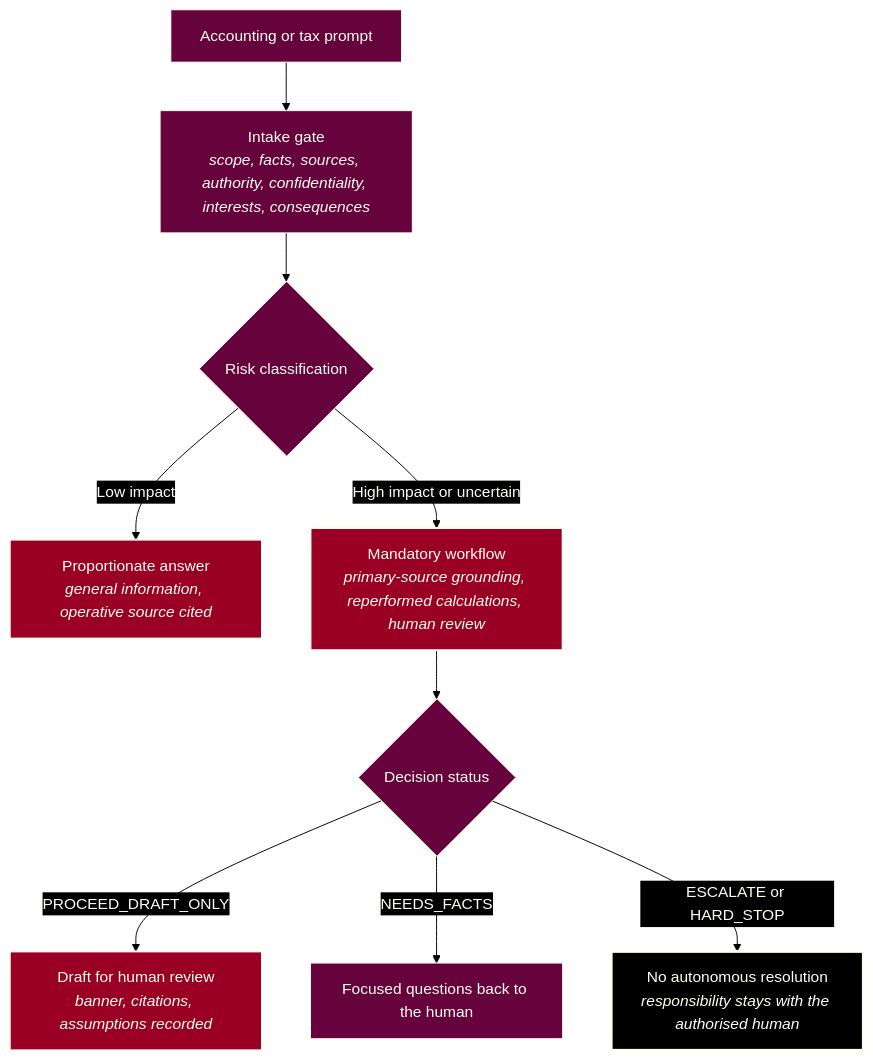
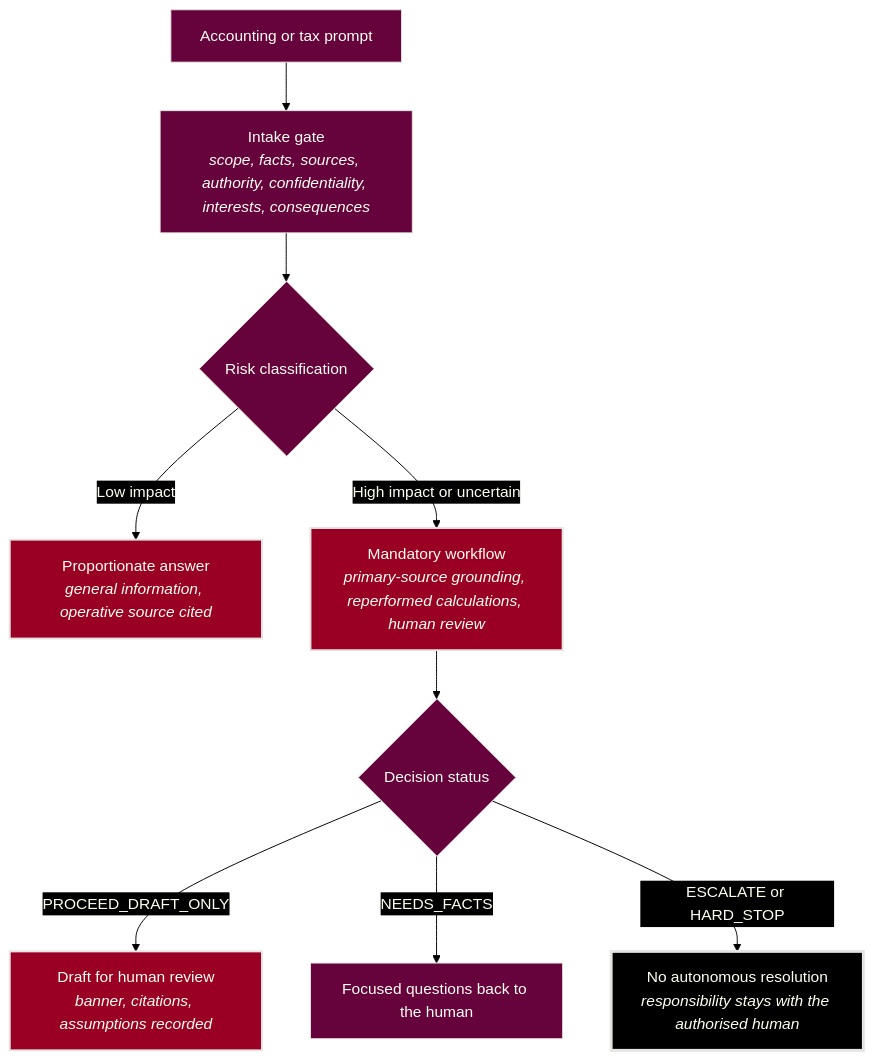
The diagram in README.md (ryanduguid/llm-tax-guardrails), drawn with Mermaid before and after one commit. The commit also changed 1 other file, not shown here.

Commit message:
Draw Mermaid borders and lines in platinum
Node borders, stroke styles and the line outline change from ivory (#FFFFF0) to platinum (#E5E4E2). Text stays ivory and the crimson and purple fills are unchanged. SHA256SUMS carries the README's new hash.

````diff
--- a/README.md
+++ b/README.md
@@ -55,19 +55,19 @@
 ```mermaid
 flowchart TD
-%%{init: {"theme": "base", "look": "classic", "themeVariables": {"background": "#000000", "primaryColor": "#66023C", "primaryTextColor": "#FFFFF0", "primaryBorderColor": "#FFFFF0", "lineColor": "#000000", "textColor": "#FFFFF0", "edgeLabelBackground": "#000000", "clusterBkg": "#000000", "clusterBorder": "#FFFFF0", "titleColor": "#FFFFF0"}, "themeCSS": ".flowchart-link, .relationshipLine, marker path { filter: drop-shadow(0px 1px 0px #FFFFF0) drop-shadow(0px -1px 0px #FFFFF0) drop-shadow(1px 0px 0px #FFFFF0) drop-shadow(-1px 0px 0px #FFFFF0); }"}}%%
+%%{init: {"theme": "base", "look": "classic", "themeVariables": {"background": "#000000", "primaryColor": "#66023C", "primaryTextColor": "#FFFFF0", "primaryBorderColor": "#E5E4E2", "lineColor": "#000000", "textColor": "#FFFFF0", "edgeLabelBackground": "#000000", "clusterBkg": "#000000", "clusterBorder": "#E5E4E2", "titleColor": "#FFFFF0"}, "themeCSS": ".flowchart-link, .relationshipLine, marker path { filter: drop-shadow(0px 1px 0px #E5E4E2) drop-shadow(0px -1px 0px #E5E4E2) drop-shadow(1px 0px 0px #E5E4E2) drop-shadow(-1px 0px 0px #E5E4E2); }"}}%%
     Prompt["Accounting or tax prompt"] --> Gate["Intake gate<br/><i>scope, facts, sources, authority, confidentiality, interests, consequences</i>"]
     Gate --> Risk{"Risk classification"}
 
     Risk -->|"Low impact"| Prop["Proportionate answer<br/><i>general information, operative source cited</i>"]
     Risk -->|"High impact or uncertain"| Flow["Mandatory workflow<br/><i>primary-source grounding, reperformed calculations, human review</i>"]
 
     Flow --> Status{"Decision status"}
     Status -->|"PROCEED_DRAFT_ONLY"| Draft["Draft for human review<br/><i>banner, citations, assumptions recorded</i>"]
     Status -->|"NEEDS_FACTS"| Facts["Focused questions back to the human"]
     Status -->|"ESCALATE or HARD_STOP"| Stop["No autonomous resolution<br/><i>responsibility stays with the authorised human</i>"]
 
-    style Prop fill:#990024,stroke:#FFFFF0,stroke-width:2px,color:#FFFFF0
-    style Flow fill:#990024,stroke:#FFFFF0,stroke-width:2px,color:#FFFFF0
-    style Draft fill:#990024,stroke:#FFFFF0,stroke-width:2px,color:#FFFFF0
-    style Stop fill:#000000,stroke:#FFFFF0,stroke-width:3px,color:#FFFFF0
+    style Prop fill:#990024,stroke:#E5E4E2,stroke-width:2px,color:#FFFFF0
+    style Flow fill:#990024,stroke:#E5E4E2,stroke-width:2px,color:#FFFFF0
+    style Draft fill:#990024,stroke:#E5E4E2,stroke-width:2px,color:#FFFFF0
+    style Stop fill:#000000,stroke:#E5E4E2,stroke-width:3px,color:#FFFFF0
 ```
````
